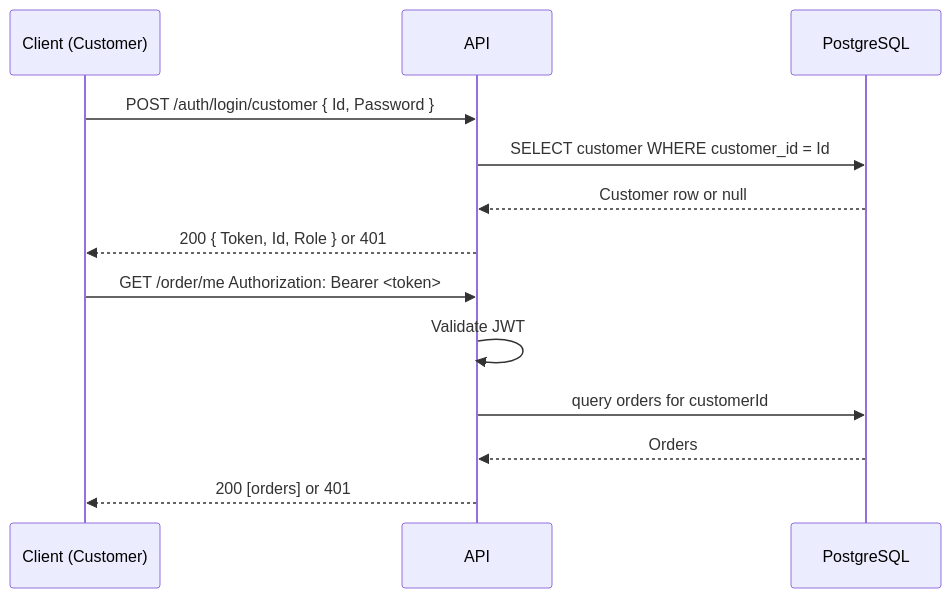
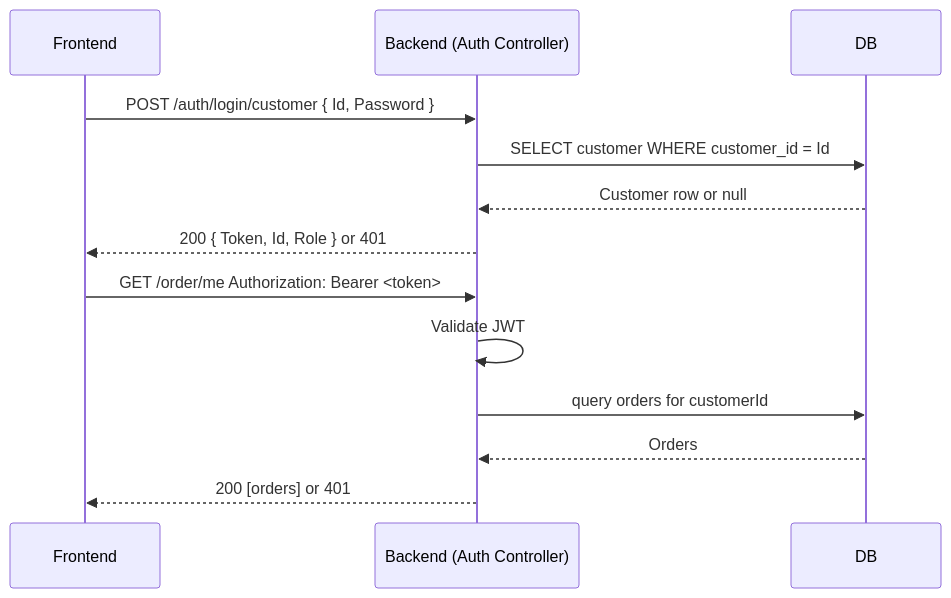
The diagram in backend/README.md (morten-l-k/cloud-native-shop), drawn with Mermaid before and after one commit. The commit also changed 6 other files, not shown here.

````diff
--- a/backend/README.md
+++ b/backend/README.md
@@ -25,17 +25,17 @@
 ```mermaid
 sequenceDiagram
-    participant Client as Client (Customer)
-    participant API
-    participant DB as PostgreSQL
+    participant Client as Frontend
+    participant API as Backend (Auth Controller)
+    participant DB
 
     Client->>API: POST /auth/login/customer { Id, Password }
     API->>DB: SELECT customer WHERE customer_id = Id
     DB-->>API: Customer row or null
     API-->>Client: 200 { Token, Id, Role } or 401
 
     Client->>API: GET /order/me  Authorization: Bearer <token>
     API->>API: Validate JWT
     API->>DB: query orders for customerId
     DB-->>API: Orders
     API-->>Client: 200 [orders] or 401
 ```
````
